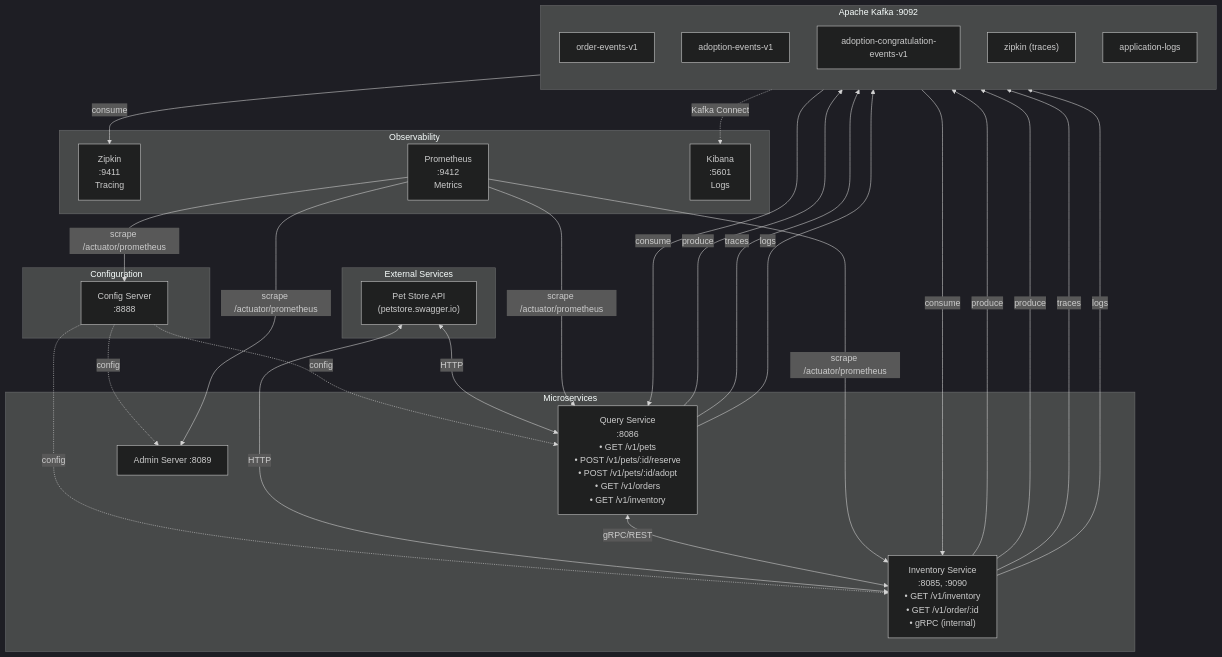
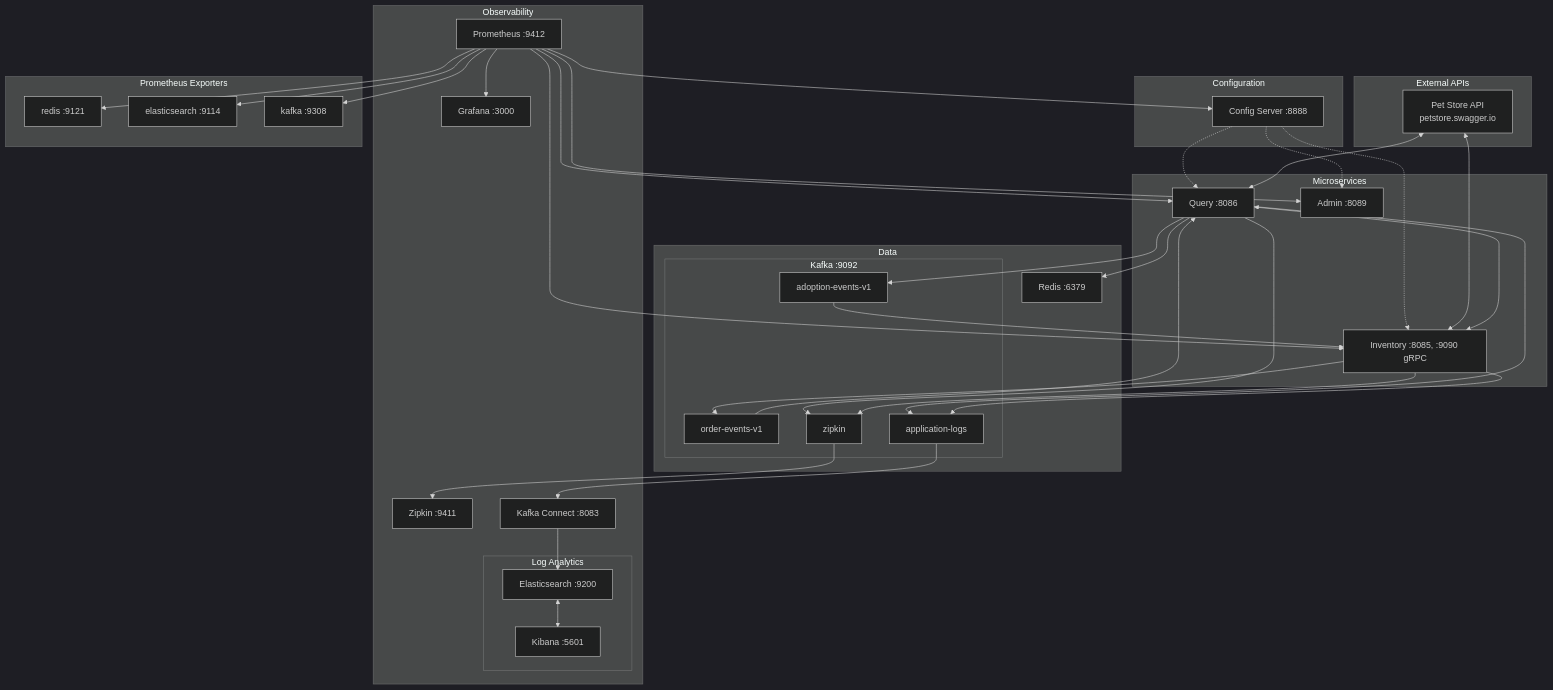
One commit to hdmsantander/microservices-ops-demo changed the diagram in README.md. Above: the diagram before and after it, drawn with Mermaid (dark theme). The commit also changed other lines of this file and 9 other files, not shown here.

First line of the commit message:
feat: ELK init, start.sh phases, docker-compose fixes, Kibana dashboard

````diff
--- a/README.md
+++ b/README.md
@@ -62,57 +62,76 @@
 ```mermaid
 flowchart TB
-    subgraph External["External Services"]
-        PetStore["Pet Store API<br/>(petstore.swagger.io)"]
+    subgraph External["External APIs"]
+        PetStore["Pet Store API<br/>petstore.swagger.io"]
     end
 
     subgraph Config["Configuration"]
-        ConfigServer["Config Server<br/>:8888"]
+        ConfigServer["Config Server :8888"]
     end
 
     subgraph Microservices["Microservices"]
-        Query["Query Service<br/>:8086<br/>• GET /v1/pets<br/>• POST /v1/pets/:id/reserve<br/>• POST /v1/pets/:id/adopt<br/>• GET /v1/orders<br/>• GET /v1/inventory"]
-        Inventory["Inventory Service<br/>:8085, :9090<br/>• GET /v1/inventory<br/>• GET /v1/order/:id<br/>• gRPC (internal)"]
-        Admin["Admin Server :8089"]
+        Query["Query :8086"]
+        Inventory["Inventory :8085, :9090 gRPC"]
+        Admin["Admin :8089"]
     end
 
-    ConfigServer -.->|config| Query
-    ConfigServer -.->|config| Inventory
-    ConfigServer -.->|config| Admin
-
-    subgraph Kafka["Apache Kafka :9092"]
-        direction TB
-        OE["order-events-v1"]
-        AE["adoption-events-v1"]
-        ACE["adoption-congratulation-events-v1"]
-        ZipkinTopic["zipkin (traces)"]
-        AppLogs["application-logs"]
+    subgraph Data["Data"]
+        Redis["Redis :6379"]
+        subgraph Kafka["Kafka :9092"]
+            OE["order-events-v1"]
+            AE["adoption-events-v1"]
+            ZipkinTopic["zipkin"]
+            AppLogs["application-logs"]
+        end
     end
 
     subgraph Observability["Observability"]
-        Zipkin["Zipkin<br/>:9411<br/>Tracing"]
-        Prometheus["Prometheus<br/>:9412<br/>Metrics"]
-        Kibana["Kibana<br/>:5601<br/>Logs"]
+        Zipkin["Zipkin :9411"]
+        Prometheus["Prometheus :9412"]
+        Grafana["Grafana :3000"]
+        subgraph ELK["Log Analytics"]
+            ES["Elasticsearch :9200"]
+            Kibana["Kibana :5601"]
+        end
+        KC["Kafka Connect :8083"]
     end
 
-    PetStore <-->|HTTP| Query
-    PetStore <-->|HTTP| Inventory
-    Query <-->|gRPC/REST| Inventory
+    subgraph Exporters["Prometheus Exporters"]
+        RE["redis :9121"]
+        EE["elasticsearch :9114"]
+        KE["kafka :9308"]
+    end
 
-    Inventory -->|produce| OE
-    OE -->|consume| Query
-    Query -->|produce| AE
-    AE -->|consume| Inventory
-    Inventory -->|produce| ACE
+    ConfigServer -.-> Query
+    ConfigServer -.-> Inventory
+    ConfigServer -.-> Admin
 
-    Query -->|traces| ZipkinTopic
-    Inventory -->|traces| ZipkinTopic
-    ZipkinTopic -->|consume| Zipkin
-    Query -->|logs| AppLogs
-    Inventory -->|logs| AppLogs
-    AppLogs -.->|Kafka Connect| Kibana
+    PetStore <--> Query
+    PetStore <--> Inventory
+    Query <--> Inventory
+    Query --> Redis
 
-    Prometheus -->|scrape /actuator/prometheus| Query
-    Prometheus -->|scrape /actuator/prometheus| Inventory
-    Prometheus -->|scrape /actuator/prometheus| ConfigServer
-    Prometheus -->|scrape /actuator/prometheus| Admin
+    Inventory --> OE
+    OE --> Query
+    Query --> AE
+    AE --> Inventory
+
+    Query --> ZipkinTopic
+    Inventory --> ZipkinTopic
+    ZipkinTopic --> Zipkin
+
+    Query --> AppLogs
+    Inventory --> AppLogs
+    AppLogs --> KC
+    KC --> ES
+    ES <--> Kibana
+
+    Prometheus --> Query
+    Prometheus --> Inventory
+    Prometheus --> Admin
+    Prometheus --> ConfigServer
+    Prometheus --> RE
+    Prometheus --> EE
+    Prometheus --> KE
+    Prometheus --> Grafana
 ```
````
